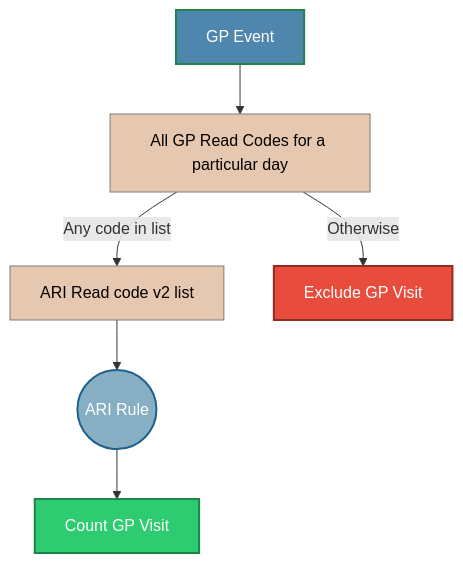
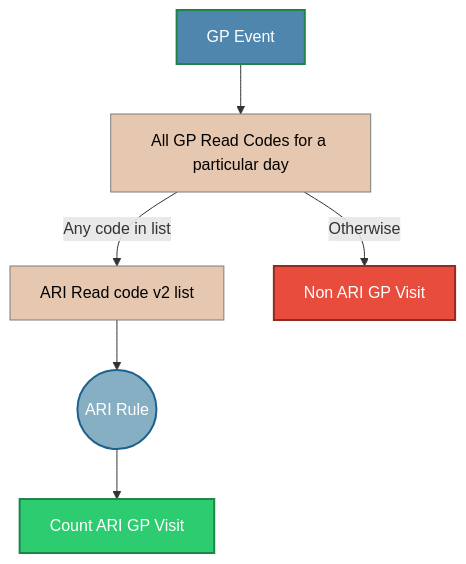
Before and after one commit to HomesHeatAndHealthyKids/DataLochAnalysis: the third of 3 diagrams in arI_category.md, drawn with Mermaid. The commit also changed other lines of this file, not shown here.

Commit message:
Changed Exclude Admissions to Non-ARI, Non-Chronic admissions

````diff
--- a/arI_category.md
+++ b/arI_category.md
@@ -198,57 +198,57 @@
 ```mermaid
 flowchart TB
 
     %% =========================
     %% Observed Variables
     %% =========================
     GP_rec[GP Event]
     Diag_pos_1[All GP Read Codes for a particular day]
     Read_ARI[ARI Read code v2 list]
 
     %% =========================
     %% Rule Nodes (Deterministic)
     %% =========================
     R_ARI((ARI Rule))
     
     %% =========================
     %% Outcomes
     %% =========================
-    Y[Count GP Visit]
-    N[Exclude GP Visit]
+    Y[Count ARI GP Visit]
+    N[Non ARI GP Visit]
 
     %% =========================
     %% Causal Structure
     %% =========================
 
     GP_rec --> Diag_pos_1
 
     %% General ARI pathway
     Diag_pos_1 -->  |Any code in list| Read_ARI
     Diag_pos_1 --> |Otherwise| N
 
 
     %% General ARI pathway
     Read_ARI --> R_ARI
 
 
    
 
     %% General rule applies only if not Asthma
     R_ARI --> Y
    
 
     %% =========================
     %% Styling
     %% =========================
     classDef record fill:#4E86AD,color:#ffffff,stroke:#1e8449,stroke-width:2px;
     classDef include fill:#2ecc71,color:#ffffff,stroke:#1e8449,stroke-width:2px;
     classDef exclude fill:#e74c3c,color:#ffffff,stroke:#922b21,stroke-width:2px;
     classDef rule fill:#86AFC4,color:#ffffff,stroke:#1f618d,stroke-width:2px;
     classDef data fill:#E6C7AF,color:#000000,stroke:#7b7d7d,stroke-width:1px;
 
     class Y include
     class N exclude
     class R_ARI rule
     class ICD10_Chronic,Diag_pos_1,Read_ARI data
     class GP_rec record
 ```
````
